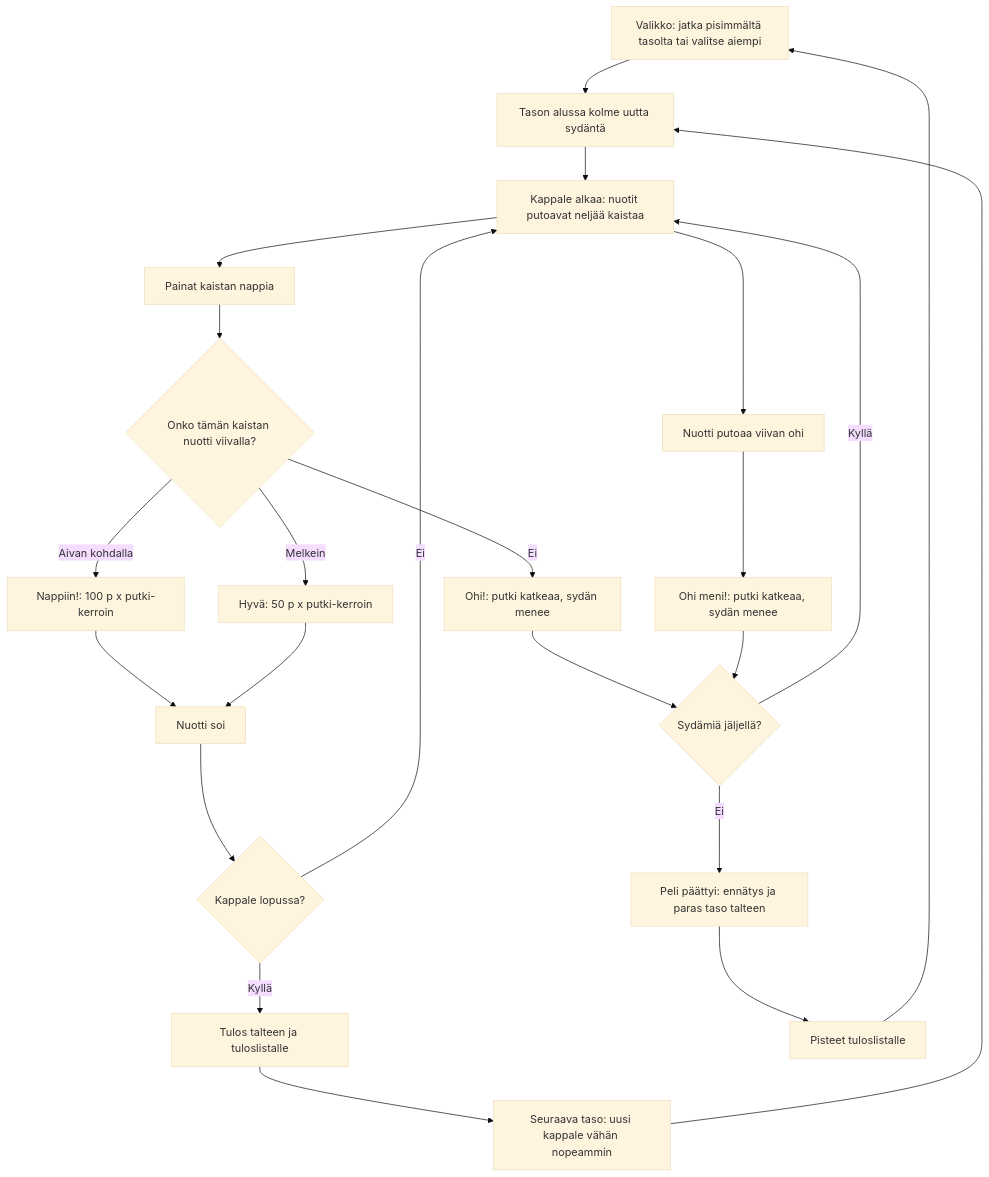
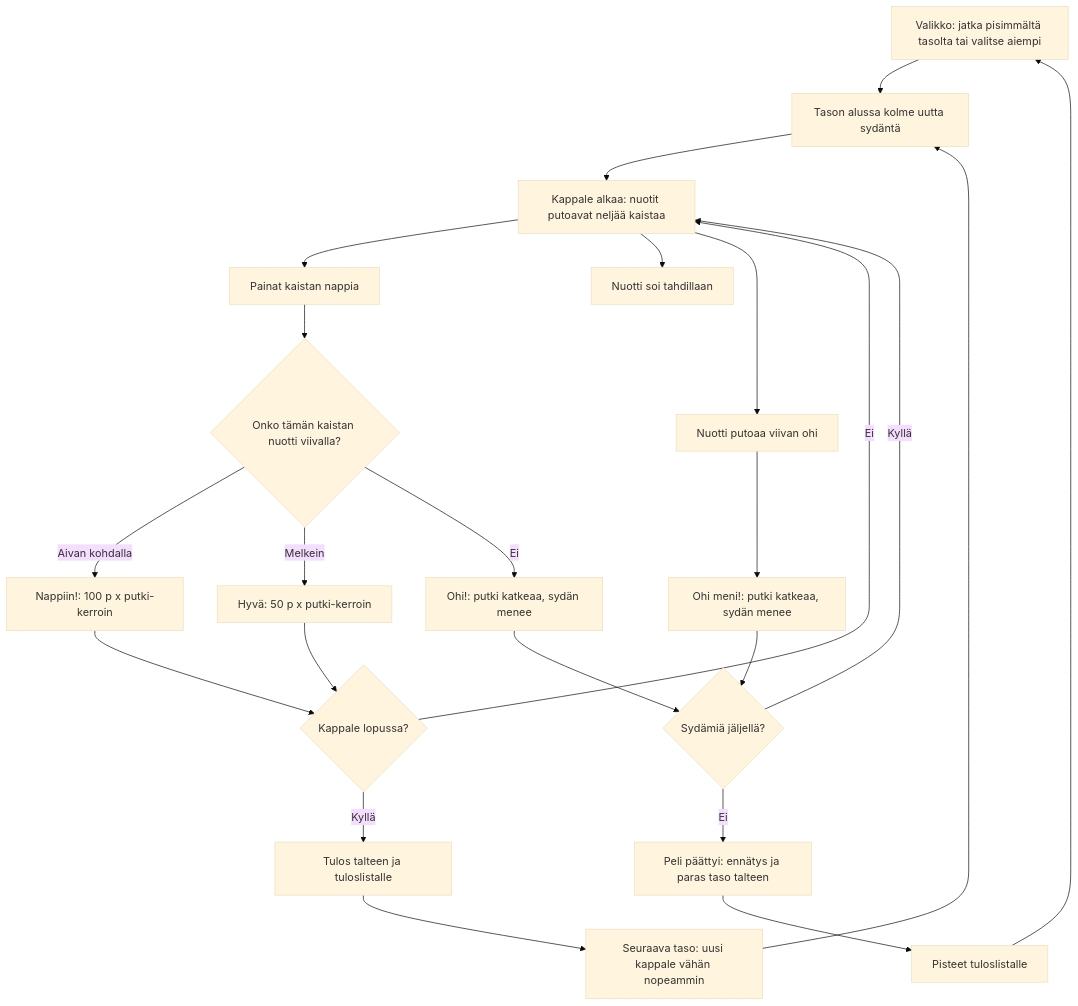
The diagram in docs/diagrams/piano.md (eerovil/ai-pelit), drawn with Mermaid (base theme) before and after one commit. The commit also changed other lines of this file and 3 other files, not shown here.

````diff
--- a/docs/diagrams/piano.md
+++ b/docs/diagrams/piano.md
@@ -13,32 +14,33 @@
 ```mermaid
 flowchart TD
   A[Valikko: jatka pisimmältä tasolta tai valitse aiempi] --> A2[Tason alussa kolme uutta sydäntä]
   A2 --> B[Kappale alkaa: nuotit putoavat neljää kaistaa]
   B --> C[Painat kaistan nappia]
   C --> D{Onko tämän kaistan nuotti viivalla?}
   D -- Aivan kohdalla --> E[Nappiin!: 100 p x putki-kerroin]
   D -- Melkein --> F[Hyvä: 50 p x putki-kerroin]
   D -- Ei --> G[Ohi!: putki katkeaa, sydän menee]
-  E --> H[Nuotti soi]
-  F --> H
+  B --> H[Nuotti soi tahdillaan]
+  E --> K
+  F --> K
   B --> I[Nuotti putoaa viivan ohi]
   I --> J[Ohi meni!: putki katkeaa, sydän menee]
-  H --> K{Kappale lopussa?}
+  K{Kappale lopussa?}
   K -- Ei --> B
   K -- Kyllä --> V[Tulos talteen ja tuloslistalle]
   V --> L[Seuraava taso: uusi kappale vähän nopeammin]
   L --> A2
   G --> M{Sydämiä jäljellä?}
   J --> M
   M -- Kyllä --> B
   M -- Ei --> N[Peli päättyi: ennätys ja paras taso talteen]
   N --> O[Pisteet tuloslistalle]
   O --> A
   class A,A2,B,C blue
   class D,K,M amber
   class E,F,H teal
   class L green
   class G,I,J rose
   class N,O violet
   class V green
 ```
````
